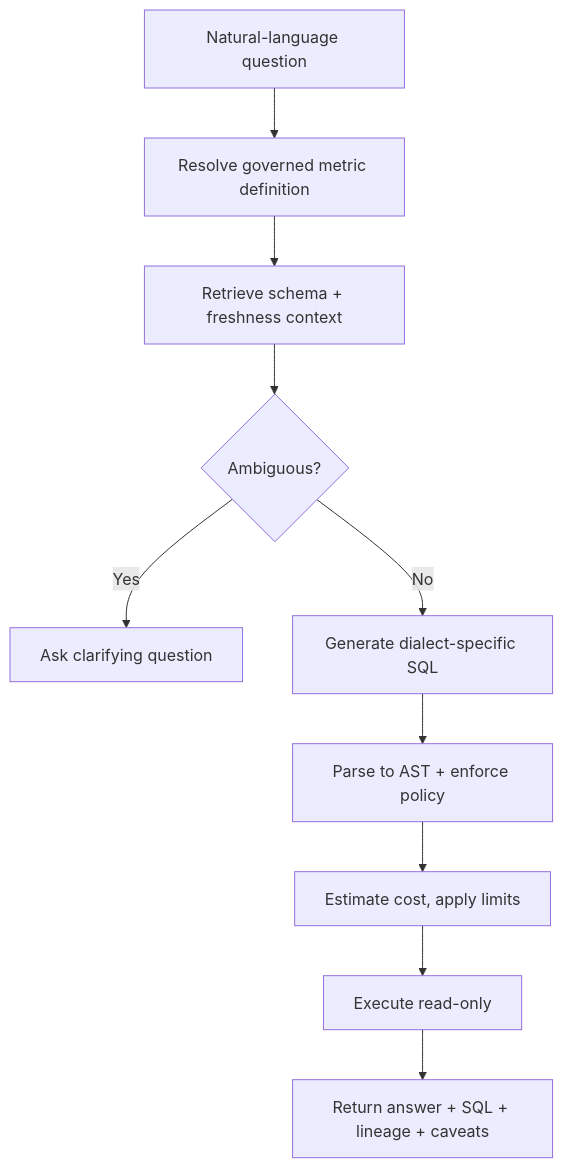
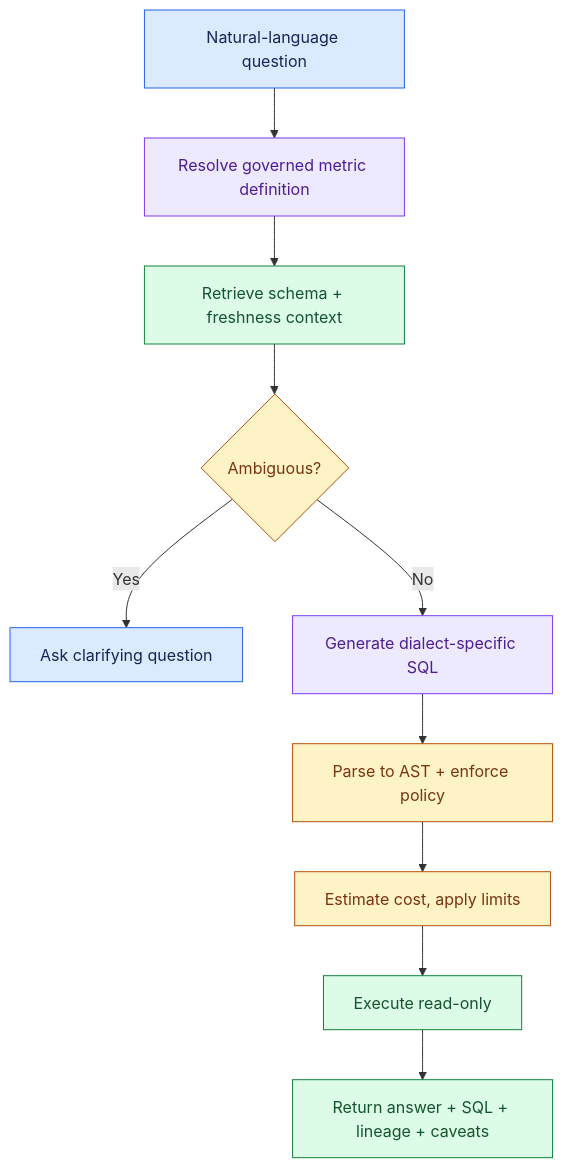
Before and after one commit to Sourav692/Forward-Deployed-Engineer-Interview-Prep: the diagram in site/content/modules/15-fde-case-studies/knowledge-retrieval/nl-over-governed-data/full-pack.md, drawn with Mermaid. The commit also changed other lines of this file and 1268 other files, not shown here.

First line of the commit message:
content: polish Casebook writing and Mermaid diagrams (#251)

````diff
--- a/site/content/modules/15-fde-case-studies/knowledge-retrieval/nl-over-governed-data/full-pack.md
+++ b/site/content/modules/15-fde-case-studies/knowledge-retrieval/nl-over-governed-data/full-pack.md
@@ -57,12 +82,22 @@
 ```mermaid
 flowchart TD
     Q[Natural-language question] --> R[Resolve governed metric definition]
     R --> S[Retrieve schema + freshness context]
     S --> Amb{Ambiguous?}
     Amb -->|Yes| Clarify[Ask clarifying question]
     Amb -->|No| Gen[Generate dialect-specific SQL]
     Gen --> AST[Parse to AST + enforce policy]
     AST --> Cost[Estimate cost, apply limits]
     Cost --> Exec[Execute read-only]
     Exec --> Ret[Return answer + SQL + lineage + caveats]
+
+    %% Casebook colours: entry, reasoning, results, controls, and stopped paths.
+    classDef cbInput fill:#dbeafe,stroke:#2563eb,color:#172554
+    class Q,Clarify cbInput
+    classDef cbReason fill:#ede9fe,stroke:#7c3aed,color:#4c1d95
+    class R,Gen cbReason
+    classDef cbAction fill:#dcfce7,stroke:#15803d,color:#14532d
+    class S,Exec,Ret cbAction
+    classDef cbPolicy fill:#fef3c7,stroke:#b45309,color:#78350f
+    class Amb,AST,Cost cbPolicy
 ```
````
